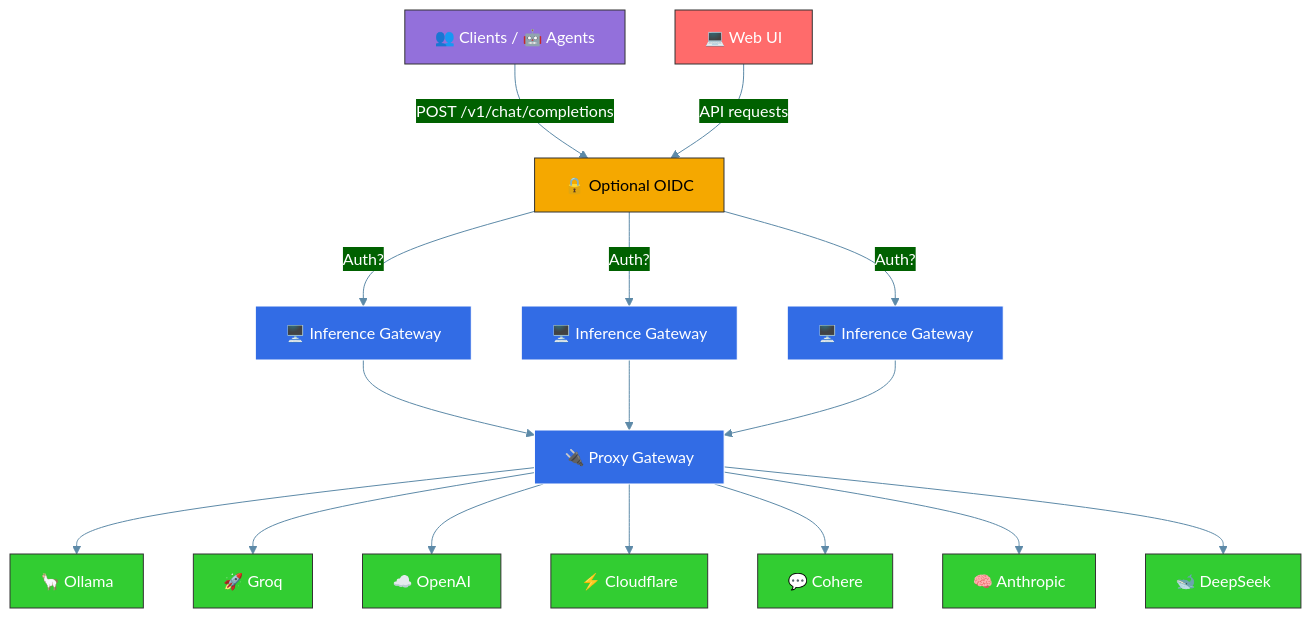
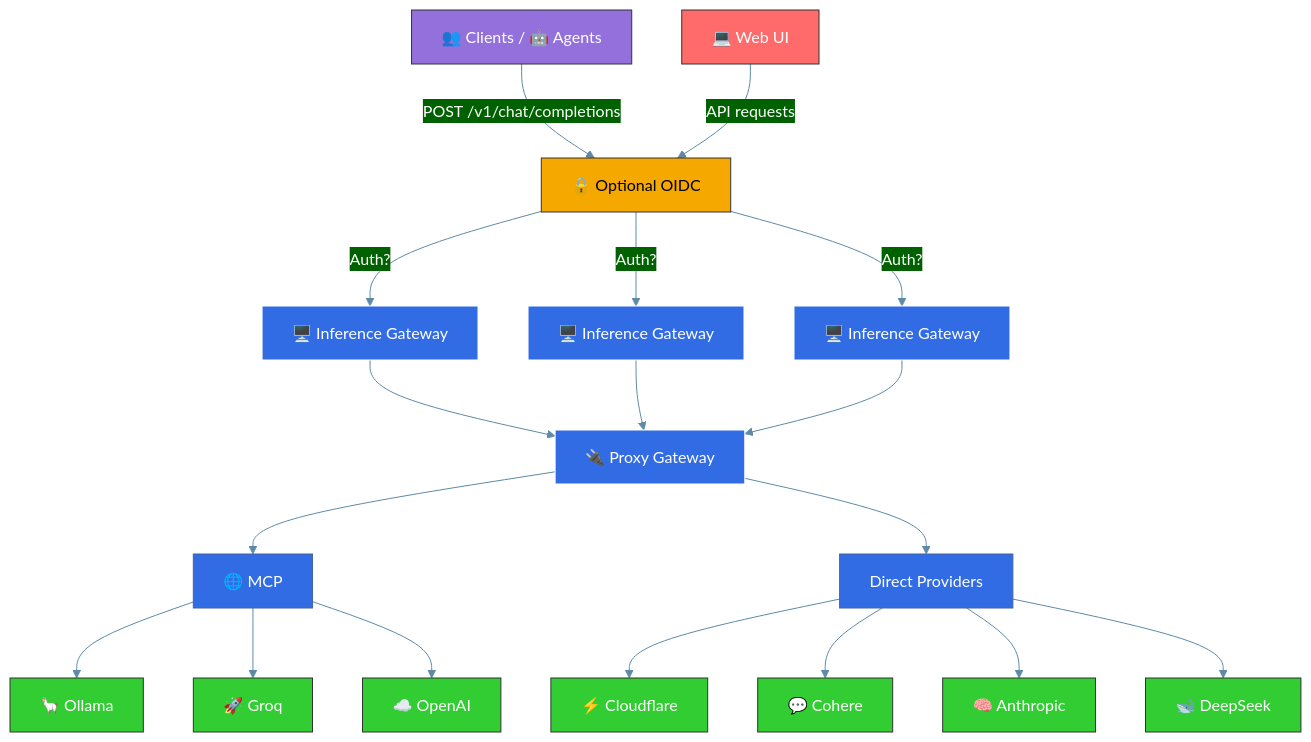
The diagram in README.md (sammcj/inference-gateway), drawn with Mermaid before and after one commit. The commit also changed other lines of this file and 65 other files, not shown here.

````diff
--- a/README.md
+++ b/README.md
@@ -55,42 +57,48 @@
 ```mermaid
 %%{init: {'theme': 'base', 'themeVariables': { 'primaryColor': '#326CE5', 'primaryTextColor': '#fff', 'lineColor': '#5D8AA8', 'secondaryColor': '#006100' }, 'fontFamily': 'Arial', 'flowchart': {'nodeSpacing': 50, 'rankSpacing': 70, 'padding': 15}}}%%
 
 
 graph TD
     %% Client nodes
     A["👥 Clients / 🤖 Agents"] --> |POST /v1/chat/completions| Auth
     UI["💻 Web UI"] --> |API requests| Auth
 
     %% Auth node
     Auth["🔒 Optional OIDC"] --> |Auth?| IG1
     Auth --> |Auth?| IG2
     Auth --> |Auth?| IG3
 
     %% Gateway nodes
     IG1["🖥️ Inference Gateway"] --> P
     IG2["🖥️ Inference Gateway"] --> P
     IG3["🖥️ Inference Gateway"] --> P
 
-    %% Proxy and providers
-    P["🔌 Proxy Gateway"] --> C["🦙 Ollama"]
-    P --> D["🚀 Groq"]
-    P --> E["☁️ OpenAI"]
-    P --> G["⚡ Cloudflare"]
-    P --> H1["💬 Cohere"]
-    P --> H2["🧠 Anthropic"]
-    P --> H3["🐋 DeepSeek"]
+    %% MCP Layer
+    P["🔌 Proxy Gateway"] --> MCP["🌐 MCP"]
+    P --> Direct["Direct Providers"]
+
+    %% Providers
+    MCP --> C["🦙 Ollama"]
+    MCP --> D["🚀 Groq"]
+    MCP --> E["☁️ OpenAI"]
+    Direct --> G["⚡ Cloudflare"]
+    Direct --> H1["💬 Cohere"]
+    Direct --> H2["🧠 Anthropic"]
+    Direct --> H3["🐋 DeepSeek"]
 
     %% Define styles
     classDef client fill:#9370DB,stroke:#333,stroke-width:1px,color:white;
     classDef auth fill:#F5A800,stroke:#333,stroke-width:1px,color:black;
     classDef gateway fill:#326CE5,stroke:#fff,stroke-width:1px,color:white;
     classDef provider fill:#32CD32,stroke:#333,stroke-width:1px,color:white;
     classDef ui fill:#FF6B6B,stroke:#333,stroke-width:1px,color:white;
 
     %% Apply styles
     class A client;
     class UI ui;
     class Auth auth;
     class IG1,IG2,IG3,P gateway;
     class C,D,E,G,H1,H2,H3 provider;
+    class MCP mcp;
+    class Direct direct;
 ```
````
